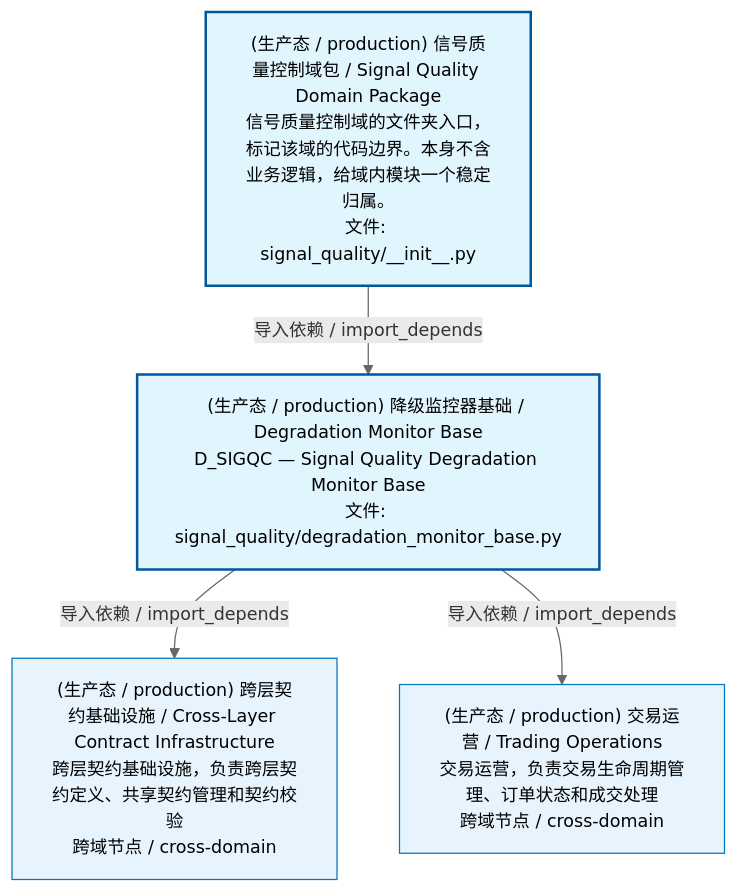
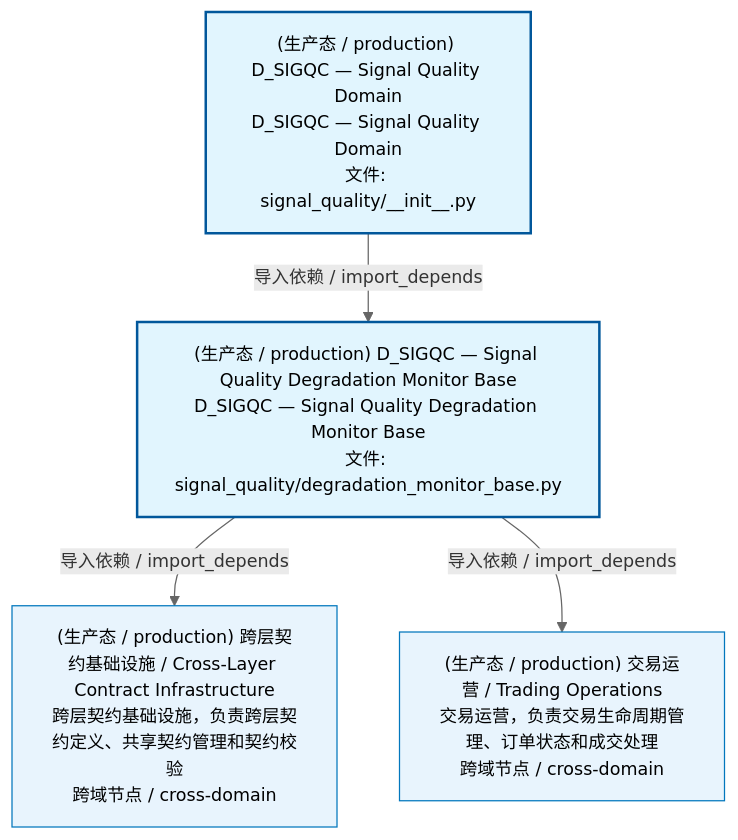
Before and after one commit to xuanFelixVan/ZephyrAlpha: the second of 4 diagrams in docs/02_enterprise_architecture/02_domain_architecture_docs/69_d_sigqc.md, drawn with Mermaid. The commit also changed other lines of this file and 75 other files, not shown here.

````diff
--- a/docs/02_enterprise_architecture/02_domain_architecture_docs/69_d_sigqc.md
+++ b/docs/02_enterprise_architecture/02_domain_architecture_docs/69_d_sigqc.md
@@ -75,17 +75,17 @@
 ```mermaid
 %%{init: {'theme': 'base', 'themeVariables': {'primaryColor': '#eaeaea', 'primaryTextColor': '#333333', 'primaryBorderColor': '#666666', 'lineColor': '#666666', 'secondaryColor': '#eaeaea', 'tertiaryColor': '#eaeaea', 'fontSize': '14px'}}}%%
 flowchart TD
-    src_zephyr_signal_quality_init_py["(生产态 / production) 信号质量控制域包 / Signal Quality Domain Package<br/>信号质量控制域的文件夹入口，标记该域的代码边界。本身不含业务逻辑，给域内模块一个稳定归属。<br/>文件: signal_quality/__init__.py"]
-    src_zephyr_signal_quality_degradation_monitor_base_py["(生产态 / production) 降级监控器基础 / Degradation Monitor Base<br/>D_SIGQC — Signal Quality Degradation Monitor Base<br/>文件: signal_quality/degradation_monitor_base.py"]
+    src_zephyr_signal_quality_init_py["(生产态 / production) D_SIGQC — Signal Quality Domain<br/>D_SIGQC — Signal Quality Domain<br/>文件: signal_quality/__init__.py"]
+    src_zephyr_signal_quality_degradation_monitor_base_py["(生产态 / production) D_SIGQC — Signal Quality Degradation Monitor Base<br/>D_SIGQC — Signal Quality Degradation Monitor Base<br/>文件: signal_quality/degradation_monitor_base.py"]
     src_zephyr_signal_quality_init_py -->|导入依赖 / import_depends| src_zephyr_signal_quality_degradation_monitor_base_py
     D_INFRASTRUCTURE["(生产态 / production) 跨层契约基础设施 / Cross-Layer Contract Infrastructure<br/>跨层契约基础设施，负责跨层契约定义、共享契约管理和契约校验<br/>跨域节点 / cross-domain"]
     src_zephyr_signal_quality_degradation_monitor_base_py -->|导入依赖 / import_depends| D_INFRASTRUCTURE
     D_TRADING["(生产态 / production) 交易运营 / Trading Operations<br/>交易运营，负责交易生命周期管理、订单状态和成交处理<br/>跨域节点 / cross-domain"]
     src_zephyr_signal_quality_degradation_monitor_base_py -->|导入依赖 / import_depends| D_TRADING
     classDef production fill:#e1f5fe,stroke:#01579b,stroke-width:2px,color:#000
     classDef design fill:#fff3e0,stroke:#e65100,stroke-width:2px,color:#000,stroke-dasharray: 5 5
     classDef external_prod fill:#e8f4fd,stroke:#0277bd,stroke-width:1px,color:#000
     classDef external_design fill:#fff8e7,stroke:#ef6c00,stroke-width:1px,color:#000,stroke-dasharray: 5 5
     class src_zephyr_signal_quality_init_py,src_zephyr_signal_quality_degradation_monitor_base_py production
     class D_INFRASTRUCTURE,D_TRADING external_prod
 ```
````
